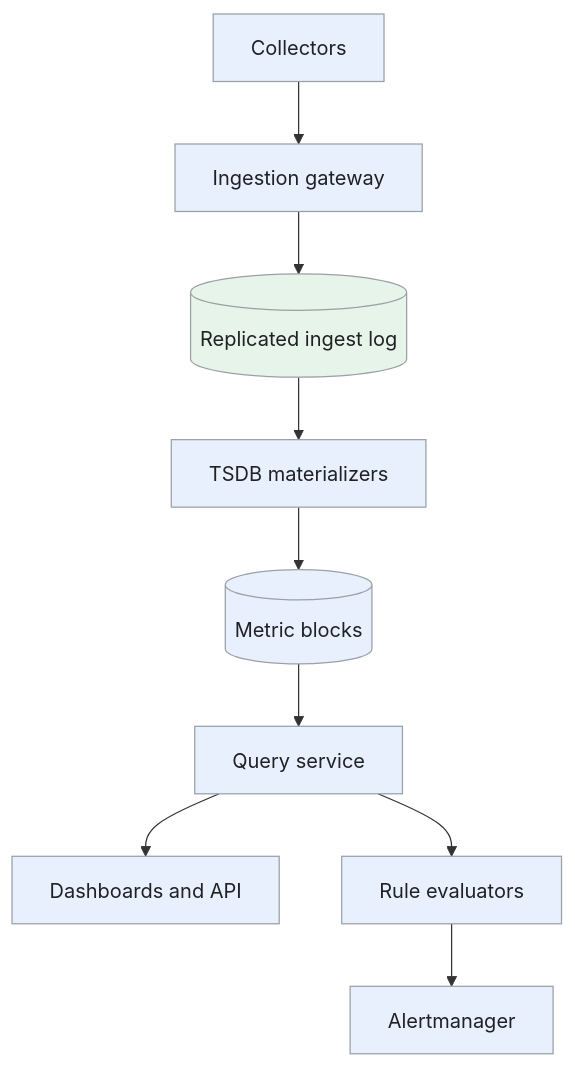
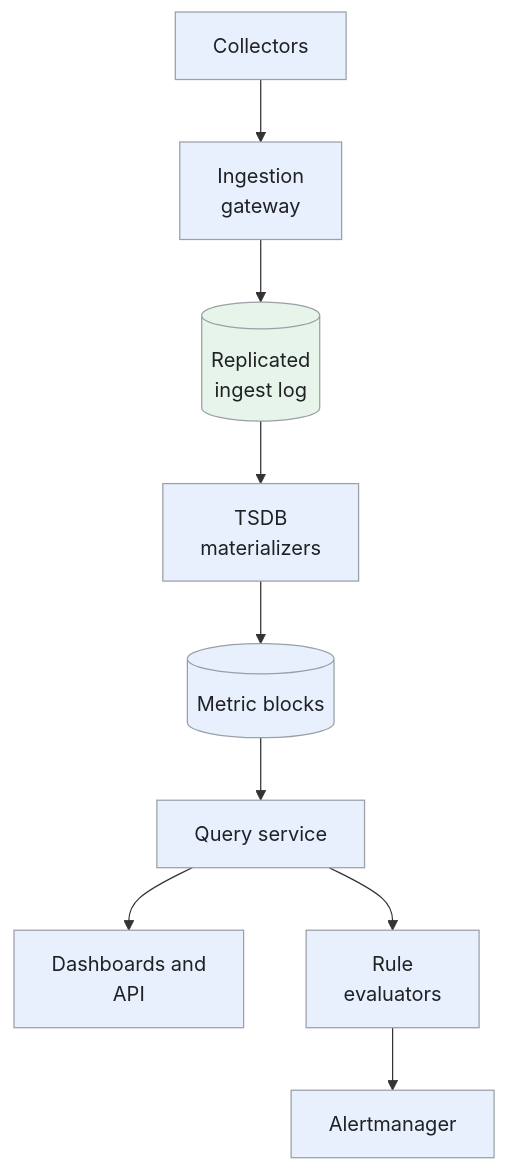
One commit to iliazlobin/iliazlobin.github.io changed the first of 6 diagrams in _designs/system-design-metrics-monitoring.md. Above: the diagram before and after it, drawn with Mermaid. The commit also changed other lines of this file and 116 other files, not shown here.

````diff
--- a/_designs/system-design-metrics-monitoring.md
+++ b/_designs/system-design-metrics-monitoring.md
@@ -128,16 +128,16 @@
 ```mermaid
 flowchart TB
-    C["Collectors"] --> G["Ingestion gateway"]
-    G --> LOG[("Replicated ingest log")]
-    LOG --> I["TSDB materializers"]
+    C["Collectors"] --> G["Ingestion<br>gateway"]
+    G --> LOG[("Replicated<br>ingest log")]
+    LOG --> I["TSDB<br>materializers"]
     I --> B[("Metric blocks")]
     B --> Q["Query service"]
-    Q --> D["Dashboards and API"]
-    Q --> R["Rule evaluators"]
+    Q --> D["Dashboards and<br>API"]
+    Q --> R["Rule<br>evaluators"]
     R --> A["Alertmanager"]
   classDef request fill:#e8f0fe,stroke:#9aa0a6,color:#202124,stroke-width:1px
   classDef background fill:#e6f4ea,stroke:#9aa0a6,color:#202124,stroke-width:1px
   classDef control fill:#fef7e0,stroke:#9aa0a6,color:#202124,stroke-width:1px
   class C,G,I,B,Q,D,R,A request
   class LOG background
 ```
````
